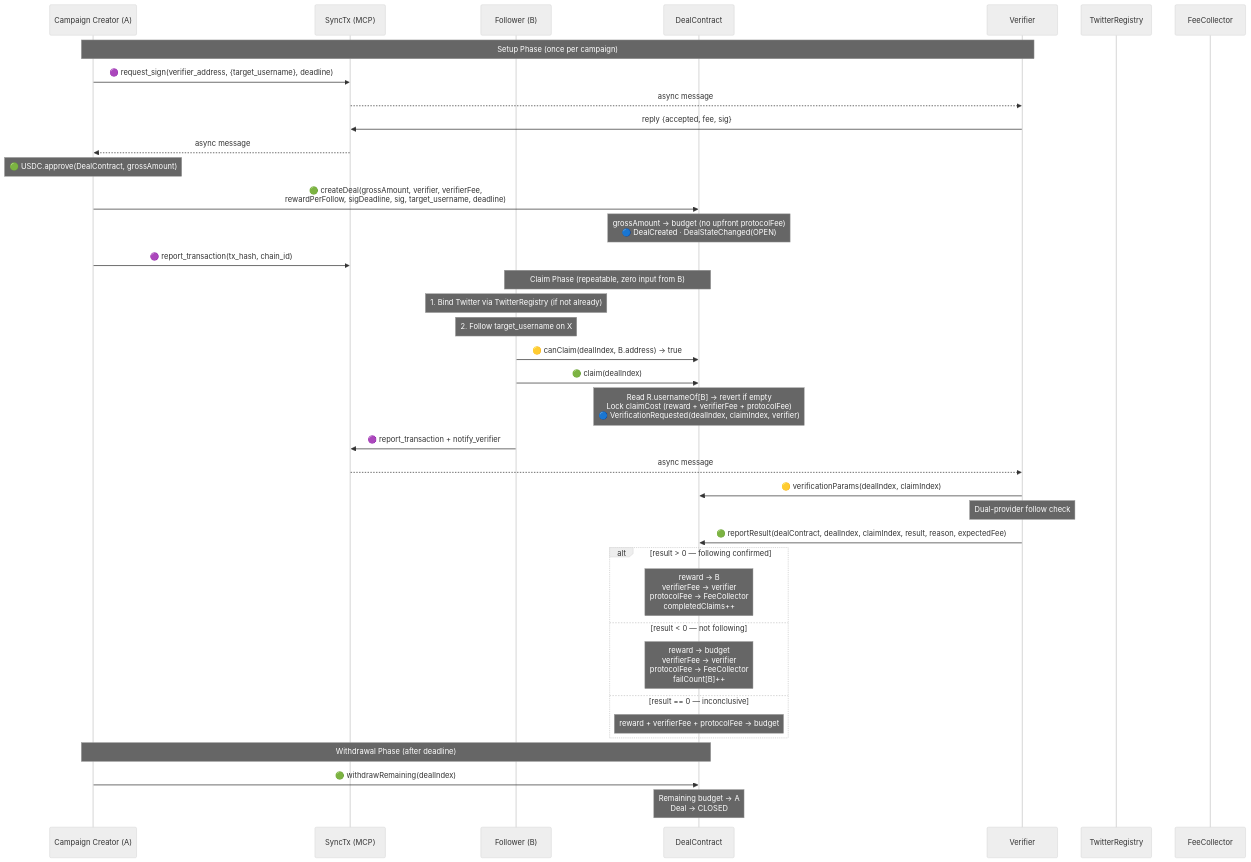
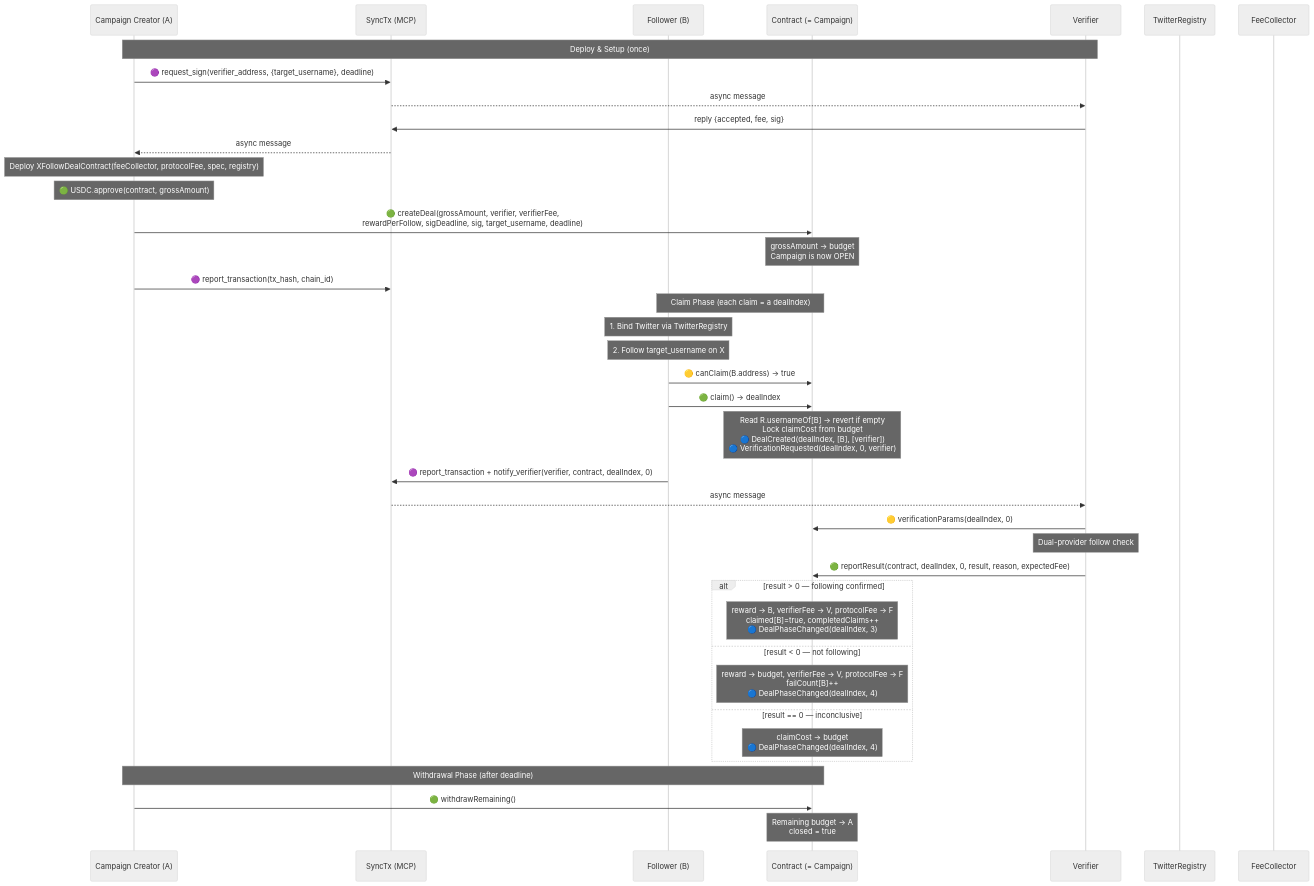
One commit to synctxai/synctx changed the first of 5 diagrams in examples/x-follow/x-follow-design.md. Above: the diagram before and after it, drawn with Mermaid (neutral theme). The commit also changed other lines of this file and 1 other file, not shown here.

First line of the commit message:
docs(x-follow): contract IS the campaign, each claim IS a dealIndex

````diff
--- a/examples/x-follow/x-follow-design.md
+++ b/examples/x-follow/x-follow-design.md
@@ -165,50 +171,51 @@
 ```mermaid
 sequenceDiagram
     participant A as Campaign Creator (A)
     participant P as SyncTx (MCP)
     participant B as Follower (B)
-    participant D as DealContract
+    participant C as Contract (= Campaign)
     participant V as Verifier
     participant R as TwitterRegistry
     participant F as FeeCollector
 
-    Note over A,V: Setup Phase (once per campaign)
+    Note over A,V: Deploy & Setup (once)
 
     A->>P: 🟣 request_sign(verifier_address, {target_username}, deadline)
     P-->>V: async message
     V->>P: reply {accepted, fee, sig}
     P-->>A: async message
 
-    Note over A: 🟢 USDC.approve(DealContract, grossAmount)
-    A->>D: 🟢 createDeal(grossAmount, verifier, verifierFee,<br/>rewardPerFollow, sigDeadline, sig, target_username, deadline)
-    Note over D: grossAmount → budget (no upfront protocolFee)<br/>🔵 DealCreated · DealStateChanged(OPEN)
+    Note over A: Deploy XFollowDealContract(feeCollector, protocolFee, spec, registry)
+    Note over A: 🟢 USDC.approve(contract, grossAmount)
+    A->>C: 🟢 createDeal(grossAmount, verifier, verifierFee,<br/>rewardPerFollow, sigDeadline, sig, target_username, deadline)
+    Note over C: grossAmount → budget<br/>Campaign is now OPEN
     A->>P: 🟣 report_transaction(tx_hash, chain_id)
 
-    Note over B,D: Claim Phase (repeatable, zero input from B)
+    Note over B,C: Claim Phase (each claim = a dealIndex)
 
-    Note over B: 1. Bind Twitter via TwitterRegistry (if not already)
+    Note over B: 1. Bind Twitter via TwitterRegistry
     Note over B: 2. Follow target_username on X
-    B->>D: 🟡 canClaim(dealIndex, B.address) → true
-    B->>D: 🟢 claim(dealIndex)
-    Note over D: Read R.usernameOf[B] → revert if empty<br/>Lock claimCost (reward + verifierFee + protocolFee)<br/>🔵 VerificationRequested(dealIndex, claimIndex, verifier)
-    B->>P: 🟣 report_transaction + notify_verifier
+    B->>C: 🟡 canClaim(B.address) → true
+    B->>C: 🟢 claim() → dealIndex
+    Note over C: Read R.usernameOf[B] → revert if empty<br/>Lock claimCost from budget<br/>🔵 DealCreated(dealIndex, [B], [verifier])<br/>🔵 VerificationRequested(dealIndex, 0, verifier)
+    B->>P: 🟣 report_transaction + notify_verifier(verifier, contract, dealIndex, 0)
     P-->>V: async message
 
-    V->>D: 🟡 verificationParams(dealIndex, claimIndex)
+    V->>C: 🟡 verificationParams(dealIndex, 0)
     Note over V: Dual-provider follow check
 
-    V->>D: 🟢 reportResult(dealContract, dealIndex, claimIndex, result, reason, expectedFee)
+    V->>C: 🟢 reportResult(contract, dealIndex, 0, result, reason, expectedFee)
 
     alt result > 0 — following confirmed
-        Note over D: reward → B<br/>verifierFee → verifier<br/>protocolFee → FeeCollector<br/>completedClaims++
+        Note over C: reward → B, verifierFee → V, protocolFee → F<br/>claimed[B]=true, completedClaims++<br/>🔵 DealPhaseChanged(dealIndex, 3)
     else result < 0 — not following
-        Note over D: reward → budget<br/>verifierFee → verifier<br/>protocolFee → FeeCollector<br/>failCount[B]++
+        Note over C: reward → budget, verifierFee → V, protocolFee → F<br/>failCount[B]++<br/>🔵 DealPhaseChanged(dealIndex, 4)
     else result == 0 — inconclusive
-        Note over D: reward + verifierFee + protocolFee → budget
+        Note over C: claimCost → budget<br/>🔵 DealPhaseChanged(dealIndex, 4)
     end
 
-    Note over A,D: Withdrawal Phase (after deadline)
+    Note over A,C: Withdrawal Phase (after deadline)
 
-    A->>D: 🟢 withdrawRemaining(dealIndex)
-    Note over D: Remaining budget → A<br/>Deal → CLOSED
+    A->>C: 🟢 withdrawRemaining()
+    Note over C: Remaining budget → A<br/>closed = true
 ```
````
